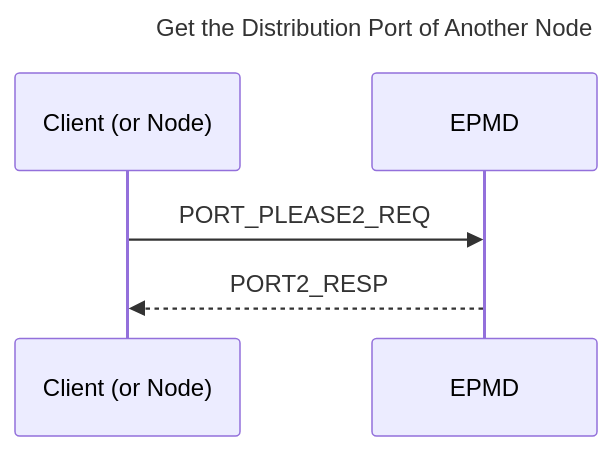
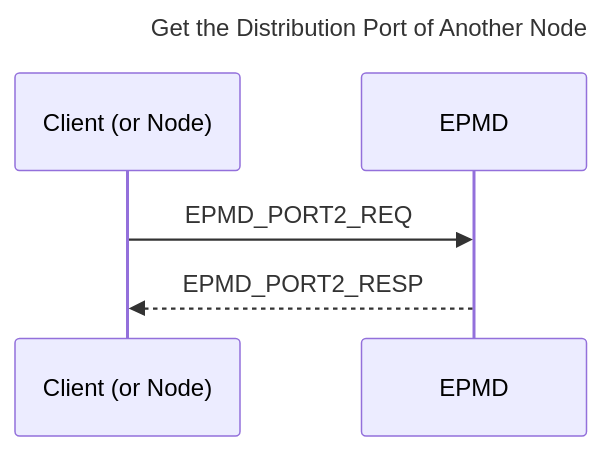
One commit to albsch/erlang-otp-wasm changed the fourth of 8 diagrams in erts/doc/guides/erl_dist_protocol.md. Above: the diagram before and after it, drawn with Mermaid. The commit also changed other lines of this file and 3754 other files, not shown here.

````diff
--- a/erts/doc/guides/erl_dist_protocol.md
+++ b/erts/doc/guides/erl_dist_protocol.md
@@ -218,11 +218,11 @@
 ```mermaid
 ---
 title: Get the Distribution Port of Another Node
 ---
 sequenceDiagram
     participant client as Client (or Node)
     participant EPMD
     
-    client ->> EPMD: PORT_PLEASE2_REQ
-    EPMD -->> client: PORT2_RESP
+    client ->> EPMD: EPMD_PORT2_REQ
+    EPMD -->> client: EPMD_PORT2_RESP
 ```
````
